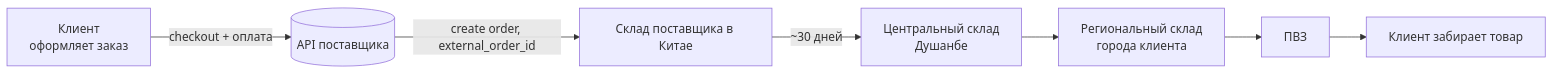
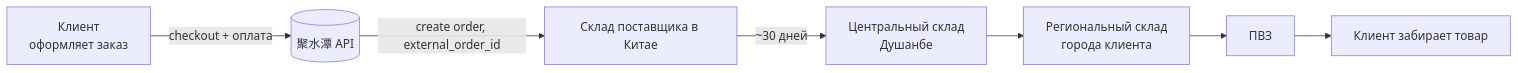
The third of 5 diagrams in plans/marketplace/marketplace-merchants-and-warehouse-network.md (secure-deal/.github), drawn with Mermaid before and after one commit. The commit also changed other lines of this file and 3 other files, not shown here.

````diff
--- a/plans/marketplace/marketplace-merchants-and-warehouse-network.md
+++ b/plans/marketplace/marketplace-merchants-and-warehouse-network.md
@@ -147,17 +148,17 @@
 ```mermaid
 flowchart LR
   Client[Клиент<br/>оформляет заказ]
-  SupplierAPI[(API поставщика)]
+  SupplierAPI[(聚水潭 API)]
   CN[Склад поставщика в Китае]
   Central[Центральный склад<br/>Душанбе]
   Regional[Региональный склад<br/>города клиента]
   PVZ[ПВЗ]
   Pickup[Клиент забирает товар]
 
   Client -->|checkout + оплата| SupplierAPI
   SupplierAPI -->|create order, external_order_id| CN
   CN -->|~30 дней| Central
   Central --> Regional
   Regional --> PVZ
   PVZ --> Pickup
 ```
````
